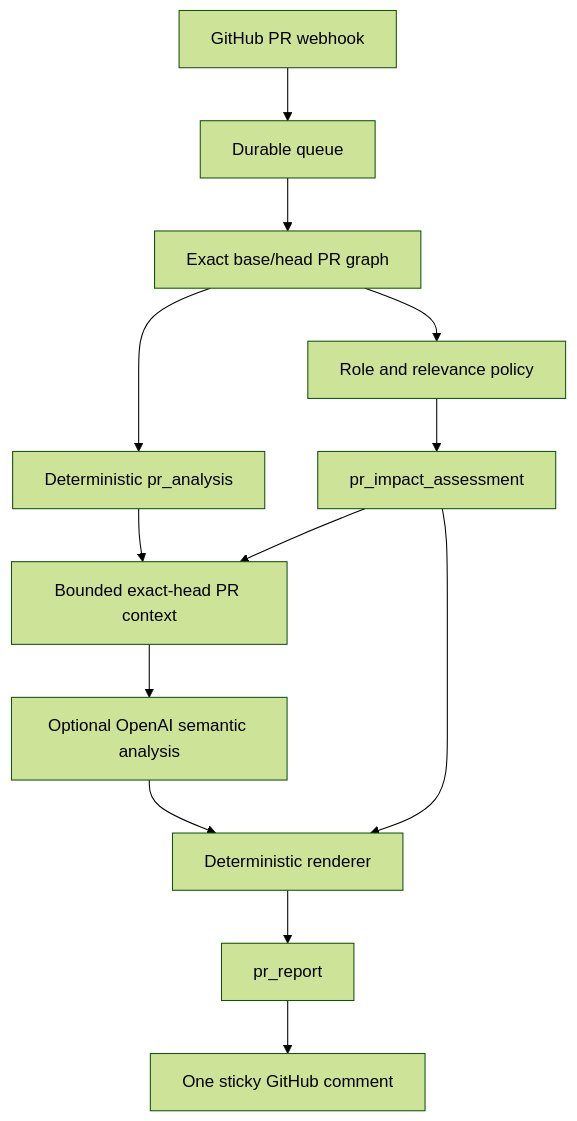
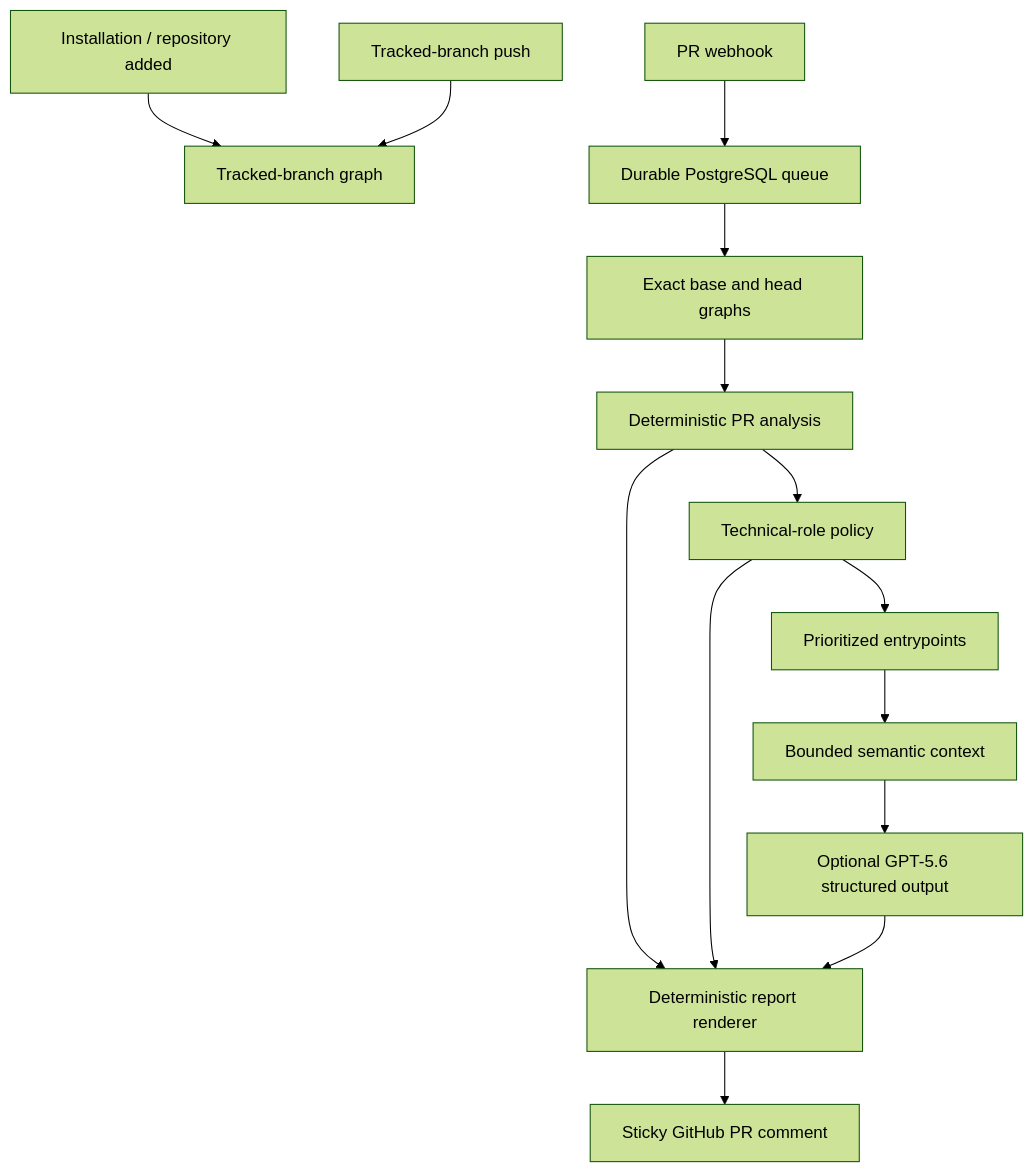
One commit to naeemdadi/impact-analysis changed the first of 3 diagrams in docs/ARCHITECTURE.md. Above: the diagram before and after it, drawn with Mermaid (forest theme). The commit also changed other lines of this file and 3 other files, not shown here.

````diff
--- a/docs/ARCHITECTURE.md
+++ b/docs/ARCHITECTURE.md
@@ -7,15 +23,16 @@
 ```mermaid
 flowchart TD
-  W[GitHub PR webhook] --> Q[Durable queue]
-  Q --> A[Exact base/head PR graph]
-  A --> D[Deterministic pr_analysis]
-  A --> P[Role and relevance policy]
-  P --> I[pr_impact_assessment]
-  D --> C[Bounded exact-head PR context]
-  I --> C
-  C --> L[Optional OpenAI semantic analysis]
-  I --> R[Deterministic renderer]
-  L --> R
-  R --> REP[pr_report]
-  REP --> G[One sticky GitHub comment]
+  I[Installation / repository added] --> B[Tracked-branch graph]
+  U[Tracked-branch push] --> B
+  P[PR webhook] --> Q[Durable PostgreSQL queue]
+  Q --> G[Exact base and head graphs]
+  G --> A[Deterministic PR analysis]
+  A --> T[Technical-role policy]
+  T --> S[Prioritized entrypoints]
+  S --> X[Bounded semantic context]
+  X --> O[Optional GPT-5.6 structured output]
+  A --> R[Deterministic report renderer]
+  T --> R
+  O --> R
+  R --> C[Sticky GitHub PR comment]
 ```
````
